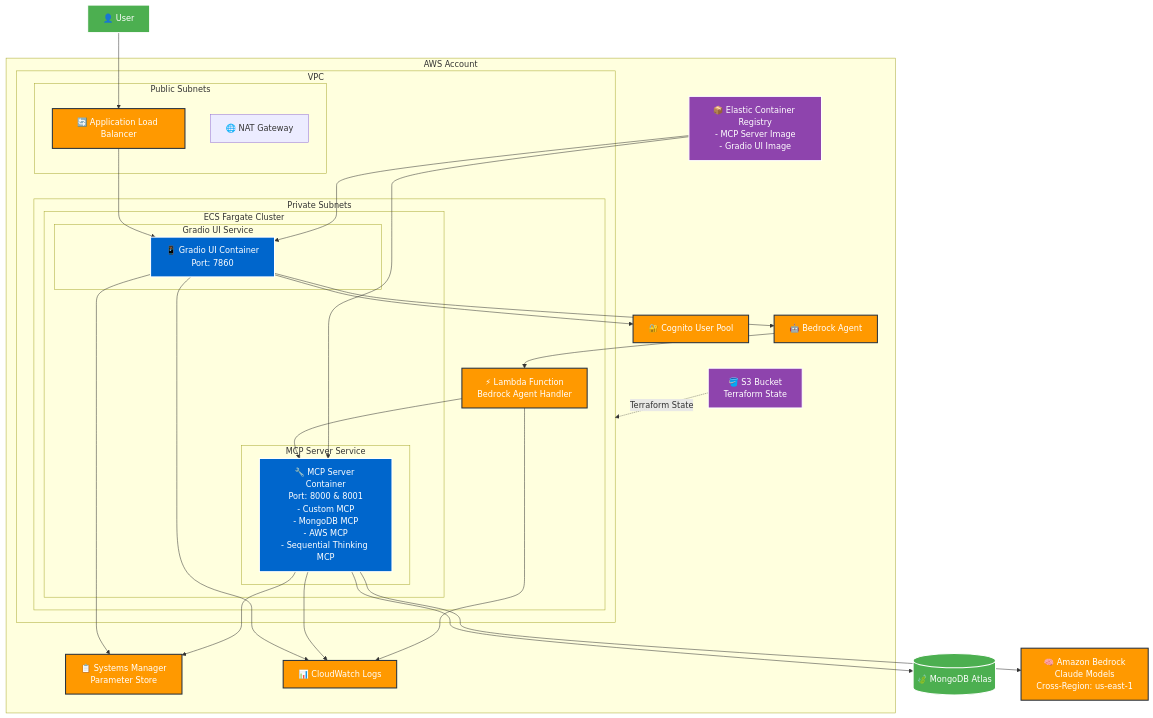
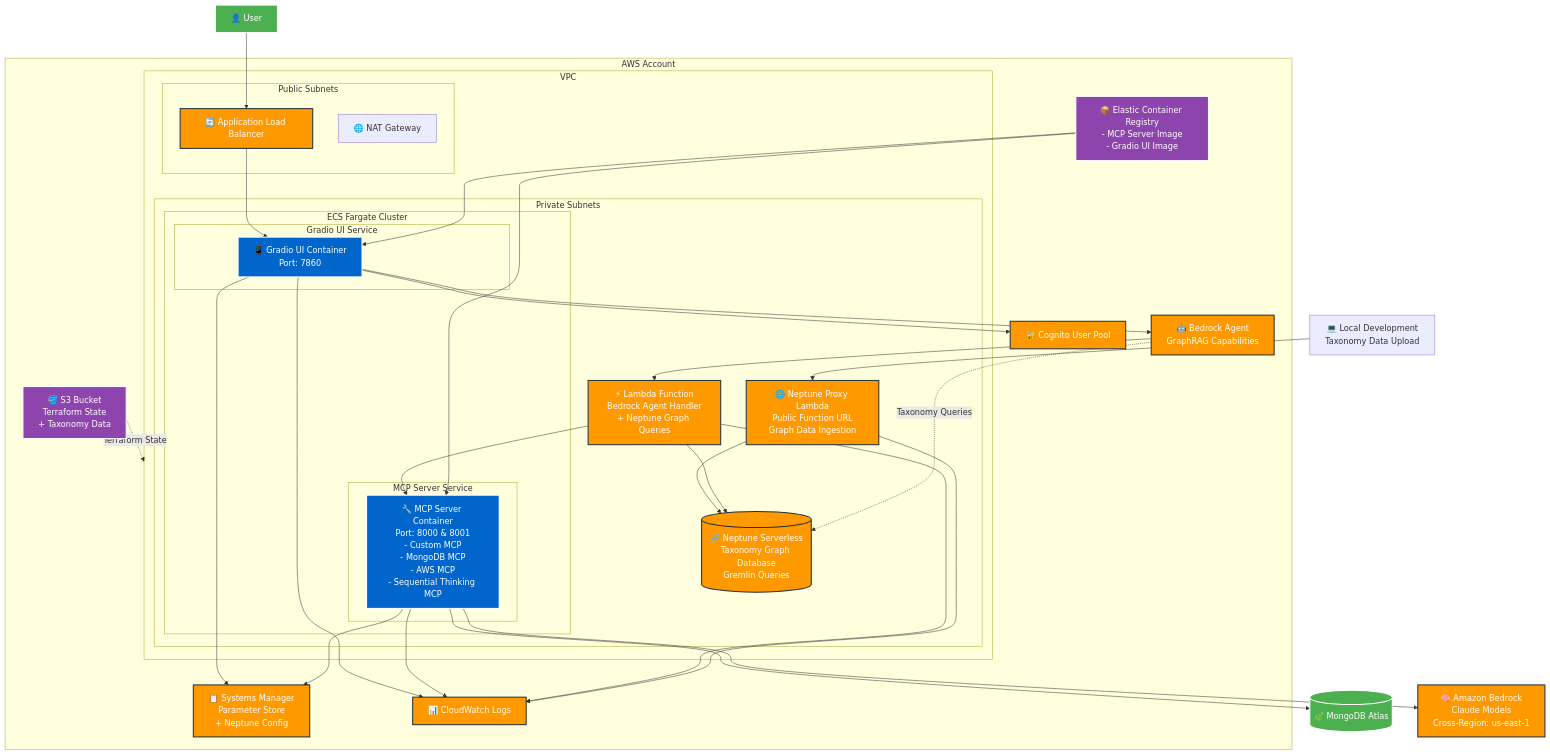
One commit to chenbinkg/datahub-chatbot changed the diagram in ARCHITECTURE.md. Above: the diagram before and after it, drawn with Mermaid. The commit also changed other lines of this file and 19 other files, not shown here.

Commit message:
modified system prompt, added in architecture.drawio

```diff
--- a/ARCHITECTURE.md
+++ b/ARCHITECTURE.md
@@ -9,6 +9,7 @@
     %% External Services
     User[👤 User]
     MongoDB[(🍃 MongoDB Atlas)]
+    LocalDev[💻 Local Development<br/>Taxonomy Data Upload]
     
     %% AWS Services
     subgraph "AWS Account"
@@ -29,17 +30,19 @@
                     end
                 end
                 
-                Lambda[⚡ Lambda Function<br/>Bedrock Agent Handler]
+                Lambda[⚡ Lambda Function<br/>Bedrock Agent Handler<br/>+ Neptune Graph Queries]
+                NeptuneProxy[🌐 Neptune Proxy Lambda<br/>Public Function URL<br/>Graph Data Ingestion]
+                Neptune[(🔗 Neptune Serverless<br/>Taxonomy Graph Database<br/>Gremlin Queries)]
             end
         end
         
         %% AWS Managed Services
         Cognito[🔐 Cognito User Pool]
-        BedrockAgent[🤖 Bedrock Agent]
-        SSM[📋 Systems Manager<br/>Parameter Store]
+        BedrockAgent[🤖 Bedrock Agent<br/>GraphRAG Capabilities]
+        SSM[📋 Systems Manager<br/>Parameter Store<br/>+ Neptune Config]
         CloudWatch[📊 CloudWatch Logs]
         ECR[📦 Elastic Container Registry<br/>- MCP Server Image<br/>- Gradio UI Image]
-        S3[🪣 S3 Bucket<br/>Terraform State]
+        S3[🪣 S3 Bucket<br/>Terraform State<br/>+ Taxonomy Data]
     end
     
     %% External AI Services
@@ -49,6 +52,10 @@
     User --> ALB
     ALB --> GradioTask
     
+    %% Taxonomy Data Upload Flow
+    LocalDev --> NeptuneProxy
+    NeptuneProxy --> Neptune
+    
     %% Internal Communication
     GradioTask --> Cognito
     GradioTask --> BedrockAgent
@@ -56,15 +63,20 @@
     
     BedrockAgent --> Lambda
     Lambda --> MCPTask
+    Lambda --> Neptune
     
     MCPTask --> MongoDB
     MCPTask --> Bedrock
     MCPTask --> SSM
     
+    %% GraphRAG Flow
+    BedrockAgent -.-> |Taxonomy Queries| Neptune
+    
     %% Logging
     GradioTask --> CloudWatch
     MCPTask --> CloudWatch
     Lambda --> CloudWatch
+    NeptuneProxy --> CloudWatch
     
     %% Container Registry
     ECR --> GradioTask
@@ -79,7 +91,7 @@
     classDef external fill:#4CAF50,stroke:#fff,stroke-width:2px,color:#fff
     classDef storage fill:#8E44AD,stroke:#fff,stroke-width:2px,color:#fff
     
-    class ALB,Cognito,BedrockAgent,SSM,CloudWatch,Lambda,Bedrock aws
+    class ALB,Cognito,BedrockAgent,SSM,CloudWatch,Lambda,Bedrock,Neptune,NeptuneProxy aws
     class GradioTask,MCPTask container
     class User,MongoDB external
     class ECR,S3 storage
```
